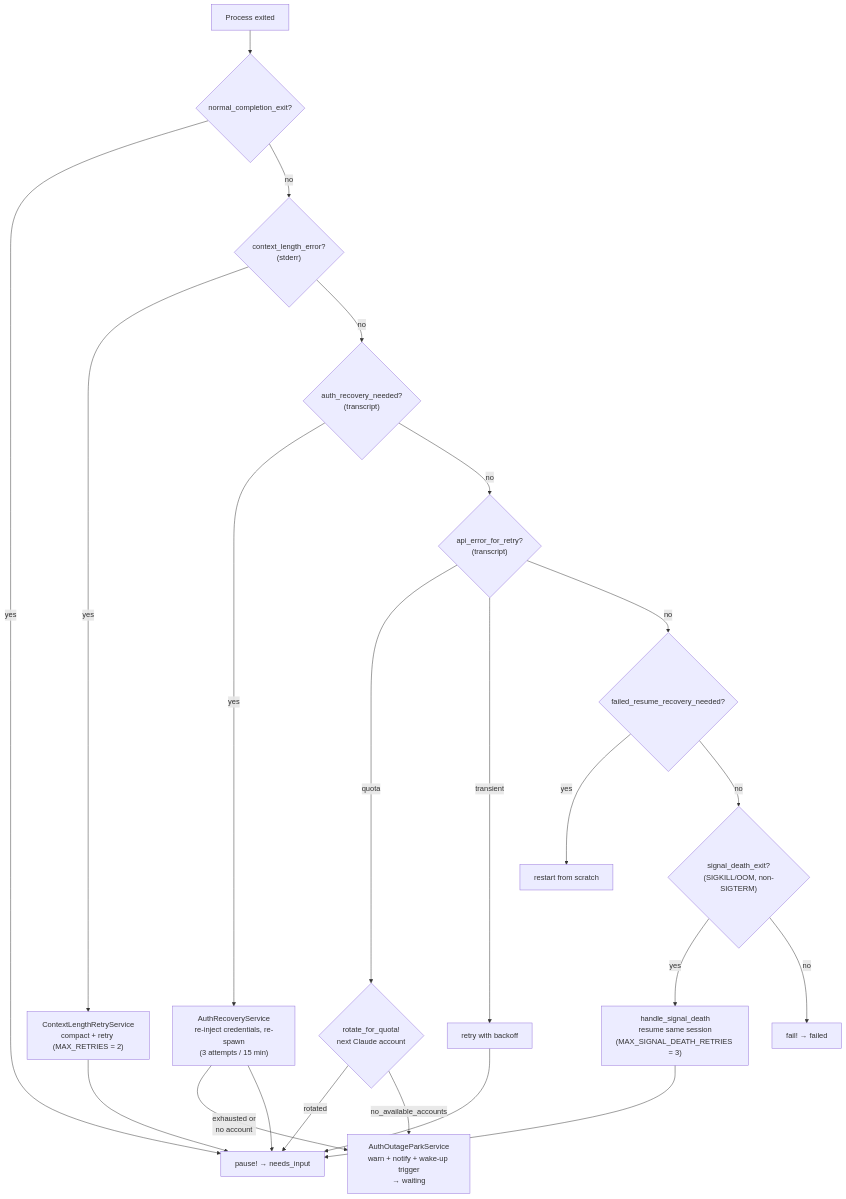
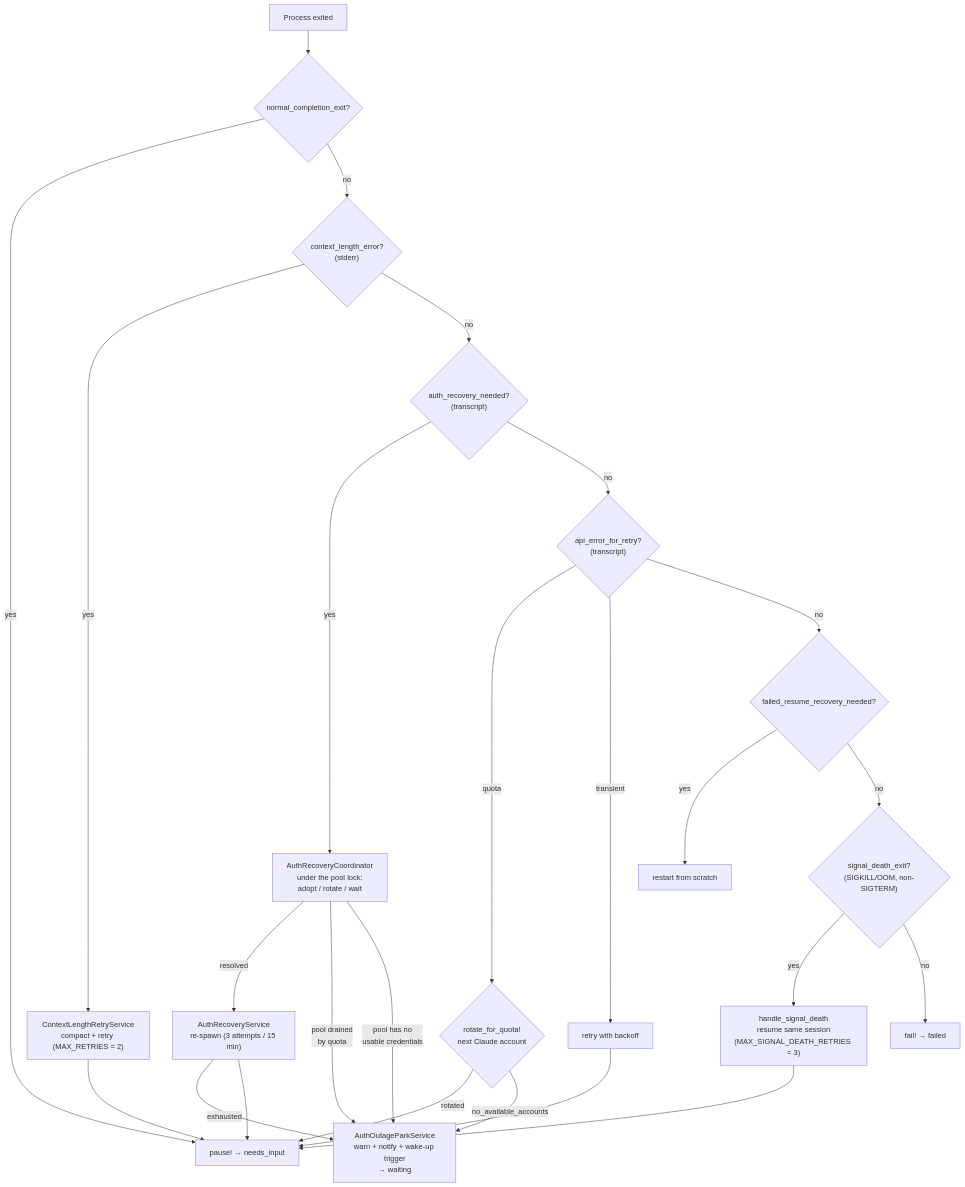
The diagram in docs/src/content/docs/sessions/spawning.md (tadasant/zimmer), drawn with Mermaid before and after one commit. The commit also changed other lines of this file and 18 other files, not shown here.

First line of the commit message:
fix(auth): coordinate auth recovery with rotation and quota state

````diff
--- a/docs/src/content/docs/sessions/spawning.md
+++ b/docs/src/content/docs/sessions/spawning.md
@@ -133,24 +133,27 @@
 ```mermaid
 flowchart TD
     E["Process exited"] --> N{"normal_completion_exit?"}
     N -->|yes| P["pause! → needs_input"]
     N -->|no| C{"context_length_error?<br/>(stderr)"}
     C -->|yes| CR["ContextLengthRetryService<br/>compact + retry (MAX_RETRIES = 2)"]
     C -->|no| A{"auth_recovery_needed?<br/>(transcript)"}
-    A -->|yes| AR["AuthRecoveryService<br/>re-inject credentials, re-spawn<br/>(3 attempts / 15 min)"]
-    AR -->|exhausted or<br/>no account| PARK["AuthOutageParkService<br/>warn + notify + wake-up trigger<br/>→ waiting"]
+    A -->|yes| AC["AuthRecoveryCoordinator<br/>under the pool lock:<br/>adopt / rotate / wait"]
+    AC -->|resolved| AR["AuthRecoveryService<br/>re-spawn (3 attempts / 15 min)"]
+    AC -->|"pool drained<br/>by quota"| PARK["AuthOutageParkService<br/>warn + notify + wake-up trigger<br/>→ waiting"]
+    AC -->|"pool has no<br/>usable credentials"| PARK
+    AR -->|exhausted| PARK
     A -->|no| Q{"api_error_for_retry?<br/>(transcript)"}
     Q -->|quota| RO{"rotate_for_quota!<br/>next Claude account"}
     RO -->|rotated| P
     RO -->|no_available_accounts| PARK
     Q -->|transient| RT["retry with backoff"]
     Q -->|no| F{"failed_resume_recovery_needed?"}
     F -->|yes| FR["restart from scratch"]
     F -->|no| SD{"signal_death_exit?<br/>(SIGKILL/OOM, non-SIGTERM)"}
     SD -->|yes| SDR["handle_signal_death<br/>resume same session<br/>(MAX_SIGNAL_DEATH_RETRIES = 3)"]
     SD -->|no| FAIL["fail! → failed"]
     CR --> P
     AR --> P
     RT --> P
     SDR --> P
 ```
````
